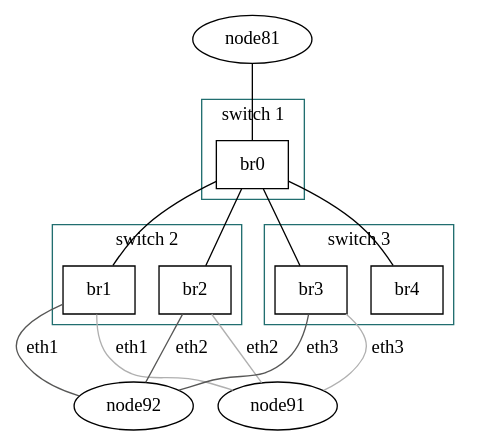
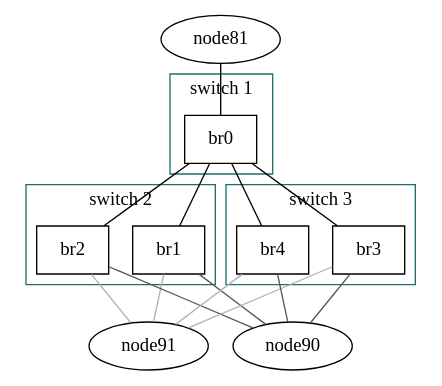
Before and after one commit to tudang/paxos_throughput: the diagram in data/multi-switches/digraph/graph.gv, drawn with Graphviz.

Commit message:
update network topo

```diff
--- a/data/multi-switches/digraph/graph.gv
+++ b/data/multi-switches/digraph/graph.gv
@@ -1,37 +1,40 @@
 digraph G {
+    splines=false;
     subgraph cluster0 {
         node [shape=box];
         br0;
         label = "switch 1";
         color = "#216e6f";
     }
     
     subgraph cluster1 {
         node [shape=box];
         br1 br2;
         label = "switch 2";
         color = "#216e6f";
     }
 
     subgraph cluster2 {
         node [shape=box];
         br3;
         br4;
         label = "switch 3";
         color="#216e6f";
     }
     subgraph all {
     edge [dir = none];
     node81 -> br0;
     br0 -> br1;
     br0 -> br2;
     br0 -> br3;
     br0 -> br4;
-    br1 -> node91 [label="eth1",color="#b0b0b0"];
-    br2 -> node91 [label="eth2",color="#b0b0b0"];
-    br3 -> node91 [label="eth3",color="#b0b0b0"];
-    br1 -> node92 [label="eth1",color="#575756"];
-    br2 -> node92 [label="eth2",color="#575756"];
-    br3 -> node92 [label="eth3",color="#575756"];
+    br1 -> node91 [color="#b0b0b0"];
+    br2 -> node91 [color="#b0b0b0"];
+    br3 -> node91 [color="#b0b0b0"];
+    br4 -> node91 [color="#b0b0b0"];
+    br1 -> node90 [color="#575756"];
+    br2 -> node90 [color="#575756"];
+    br3 -> node90 [color="#575756"];
+    br4 -> node90 [color="#575756"];
     }
 }
```
